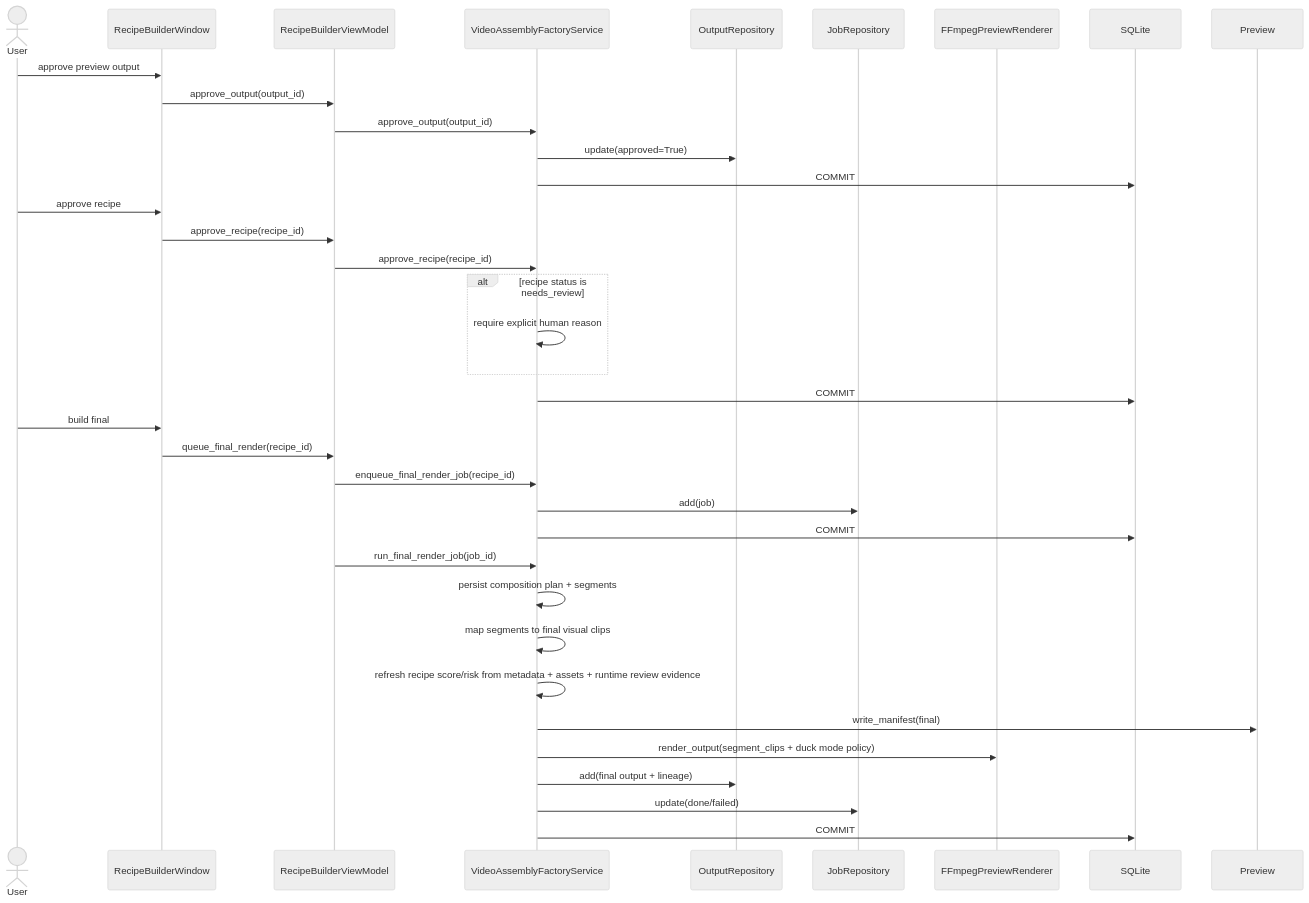
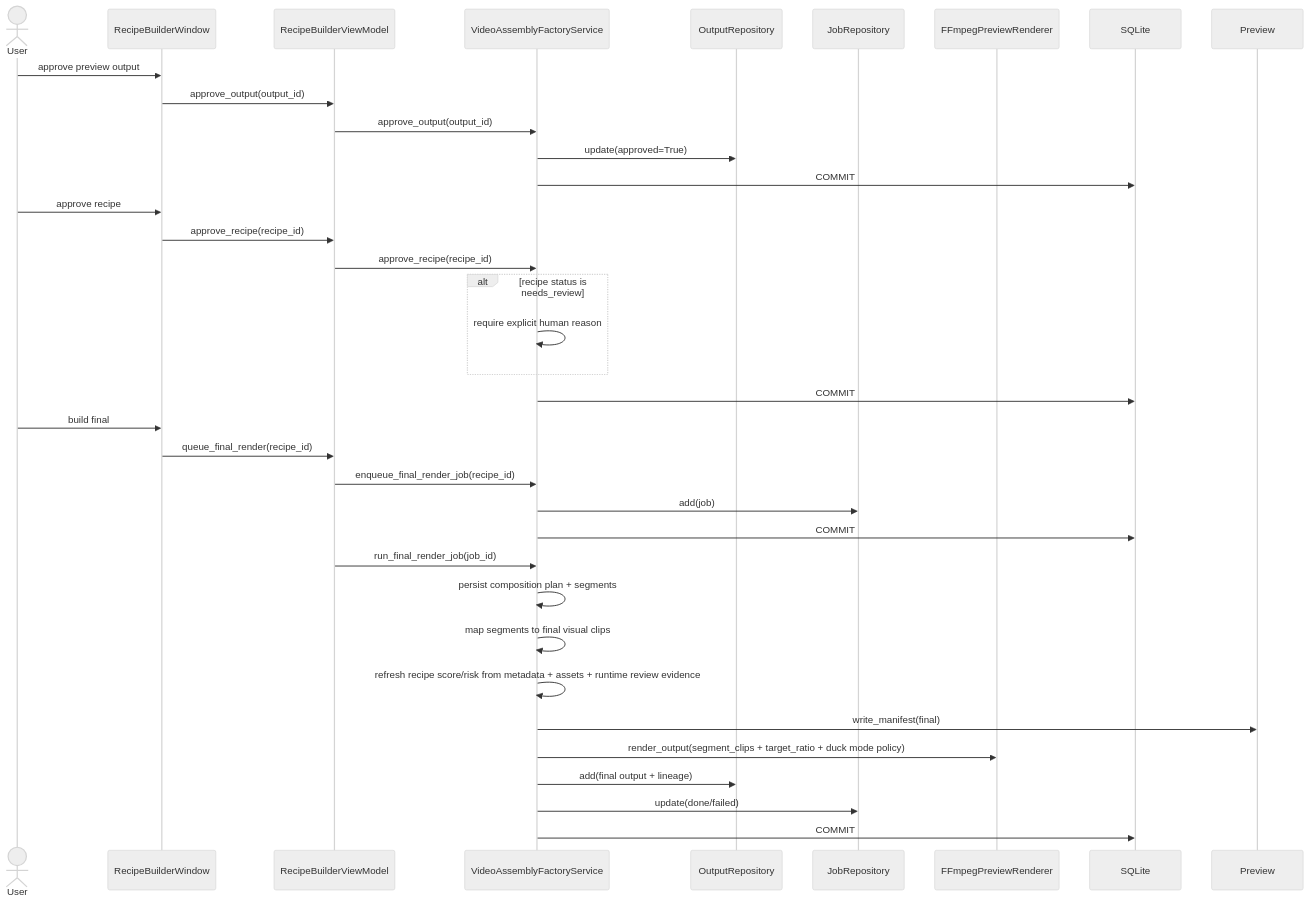
Before and after one commit to idev006/MTClipFactory: the seventh of 16 diagrams in doc/10_UML_System_Overview.md, drawn with Mermaid (neutral theme). The commit also changed other lines of this file and 18 other files, not shown here.

Commit message:
Add asset maintenance and target-ratio normalization

````diff
--- a/doc/10_UML_System_Overview.md
+++ b/doc/10_UML_System_Overview.md
@@ -434,38 +479,38 @@
 ```mermaid
 sequenceDiagram
     actor User
     participant View as RecipeBuilderWindow
     participant VM as RecipeBuilderViewModel
     participant Factory as VideoAssemblyFactoryService
     participant Out as OutputRepository
     participant JobRepo as JobRepository
     participant Render as FFmpegPreviewRenderer
     participant DB as SQLite
 
     User->>View: approve preview output
     View->>VM: approve_output(output_id)
     VM->>Factory: approve_output(output_id)
     Factory->>Out: update(approved=True)
     Factory->>DB: COMMIT
     User->>View: approve recipe
     View->>VM: approve_recipe(recipe_id)
     VM->>Factory: approve_recipe(recipe_id)
     alt recipe status is needs_review
         Factory->>Factory: require explicit human reason
     end
     Factory->>DB: COMMIT
     User->>View: build final
     View->>VM: queue_final_render(recipe_id)
     VM->>Factory: enqueue_final_render_job(recipe_id)
     Factory->>JobRepo: add(job)
     Factory->>DB: COMMIT
     VM->>Factory: run_final_render_job(job_id)
     Factory->>Factory: persist composition plan + segments
     Factory->>Factory: map segments to final visual clips
     Factory->>Factory: refresh recipe score/risk from metadata + assets + runtime review evidence
     Factory->>Preview: write_manifest(final)
-    Factory->>Render: render_output(segment_clips + duck mode policy)
+    Factory->>Render: render_output(segment_clips + target_ratio + duck mode policy)
     Factory->>Out: add(final output + lineage)
     Factory->>JobRepo: update(done/failed)
     Factory->>DB: COMMIT
 ```
````
